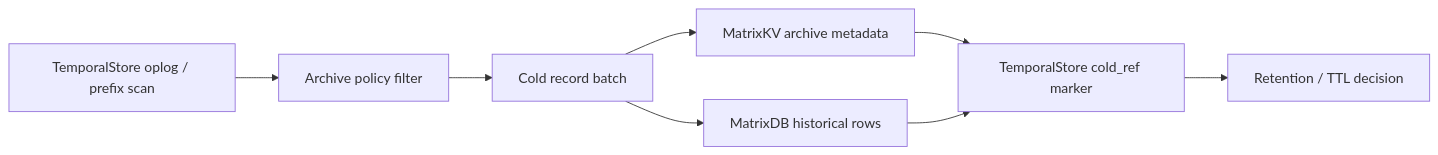
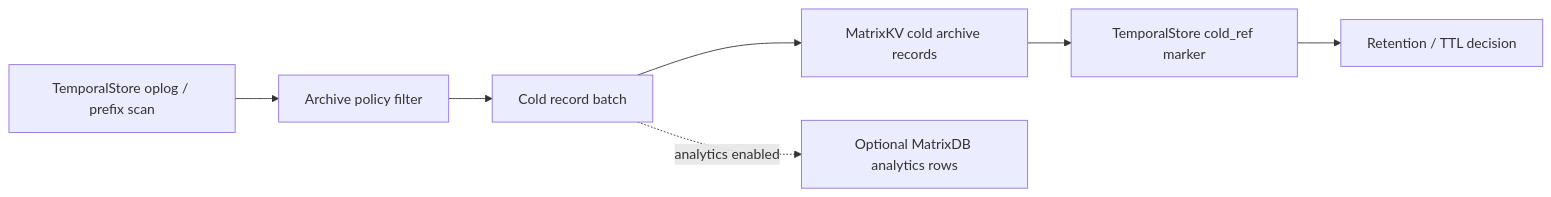
The fifth of 6 diagrams in docs/matrixark_temporalstore_cold_archive_matrixdb_matrixkv.md (matrixarkai/TemporalStore), drawn with Mermaid before and after one commit. The commit also changed other lines of this file and 2 other files, not shown here.

Commit message:
Clarify MatrixKV cold archive role

````diff
--- a/docs/matrixark_temporalstore_cold_archive_matrixdb_matrixkv.md
+++ b/docs/matrixark_temporalstore_cold_archive_matrixdb_matrixkv.md
@@ -471,17 +480,16 @@
 ```mermaid
 flowchart LR
   A["TemporalStore oplog / prefix scan"]
   B["Archive policy filter"]
   C["Cold record batch"]
-  D["MatrixKV archive metadata"]
-  E["MatrixDB historical rows"]
+  D["MatrixKV cold archive records"]
+  E["Optional MatrixDB analytics rows"]
   F["TemporalStore cold_ref marker"]
   G["Retention / TTL decision"]
 
   A --> B --> C
   C --> D
-  C --> E
+  C -. "analytics enabled" .-> E
   D --> F
-  E --> F
   F --> G
 ```
````
